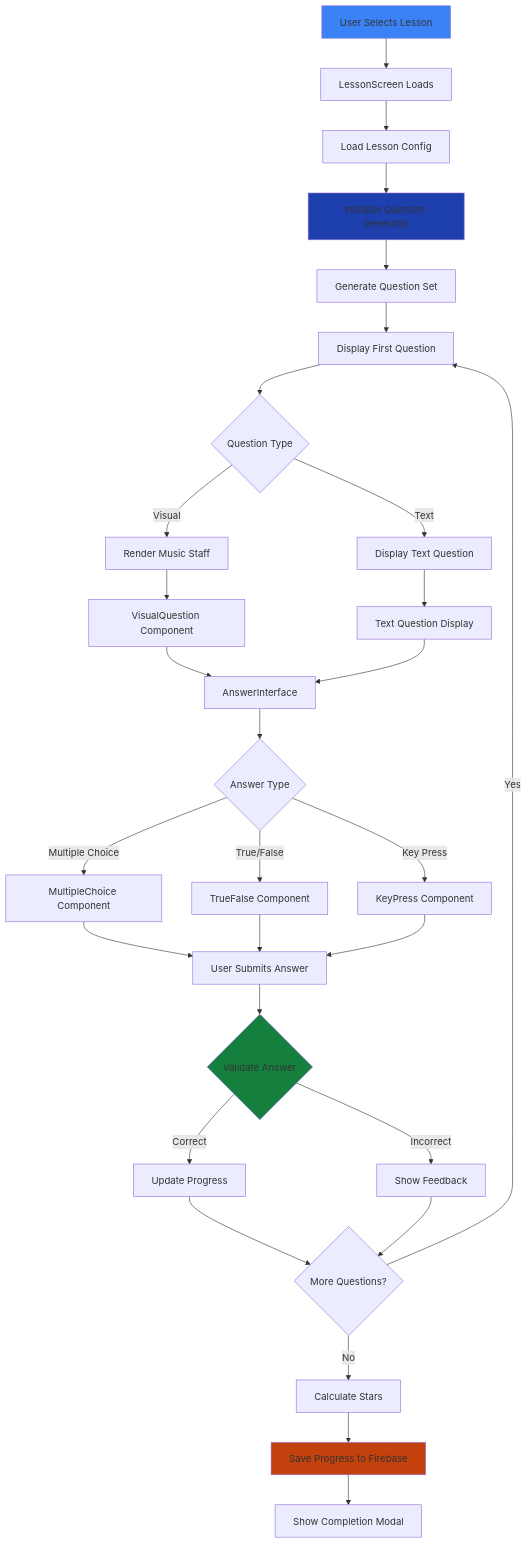
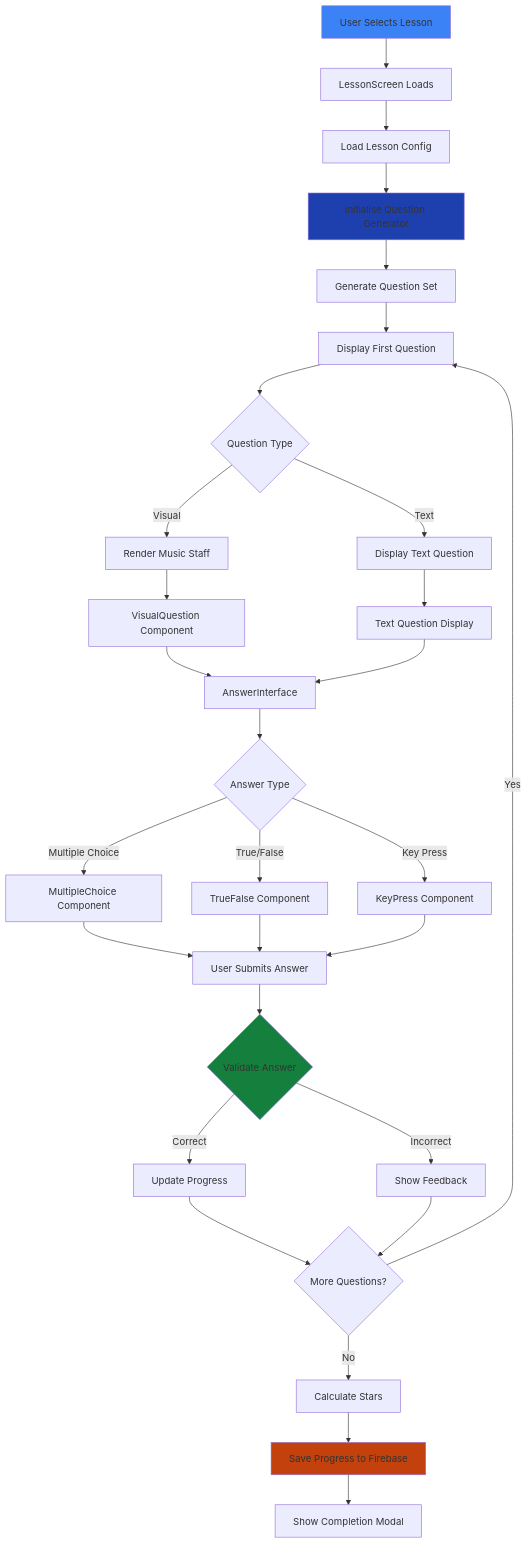
One commit to leonkwan46/tonale changed the second of 2 diagrams in README.md. Above: the diagram before and after it, drawn with Mermaid. The commit also changed other lines of this file, not shown here.

````diff
--- a/README.md
+++ b/README.md
@@ -195,44 +195,44 @@
 ```mermaid
 graph TD
     A[User Selects Lesson] --> B[LessonScreen Loads]
     B --> C[Load Lesson Config]
-    C --> D[Initialize Question Generator]
+    C --> D[Initialise Question Generator]
     D --> E[Generate Question Set]
     E --> F[Display First Question]
     
     F --> G{Question Type}
     G -->|Visual| H[Render Music Staff]
     G -->|Text| I[Display Text Question]
     
     H --> J[VisualQuestion Component]
     I --> K[Text Question Display]
     
     J --> L[AnswerInterface]
     K --> L
     
     L --> M{Answer Type}
     M -->|Multiple Choice| N[MultipleChoice Component]
     M -->|True/False| O[TrueFalse Component]
     M -->|Key Press| P[KeyPress Component]
     
     N --> Q[User Submits Answer]
     O --> Q
     P --> Q
     
     Q --> R{Validate Answer}
     R -->|Correct| S[Update Progress]
     R -->|Incorrect| T[Show Feedback]
     
     S --> U{More Questions?}
     T --> U
     
     U -->|Yes| F
     U -->|No| V[Calculate Stars]
     V --> W[Save Progress to Firebase]
     W --> X[Show Completion Modal]
     
     style A fill:#3B82F6
     style D fill:#1E40AF
     style R fill:#15803D
     style W fill:#C2410C
 ```
````
